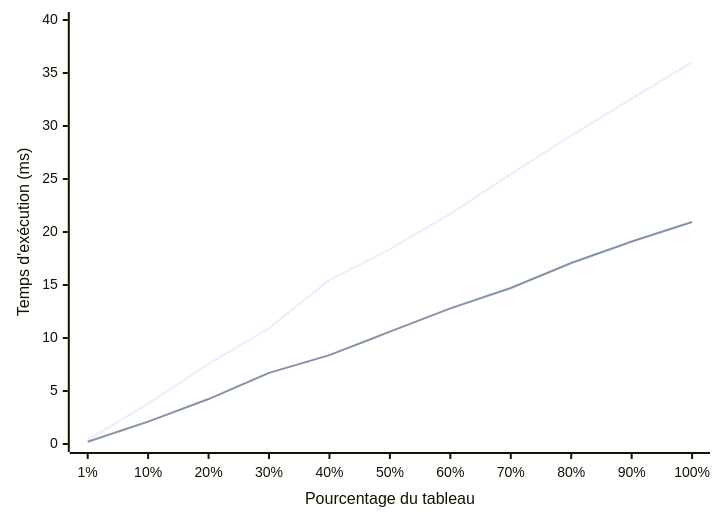
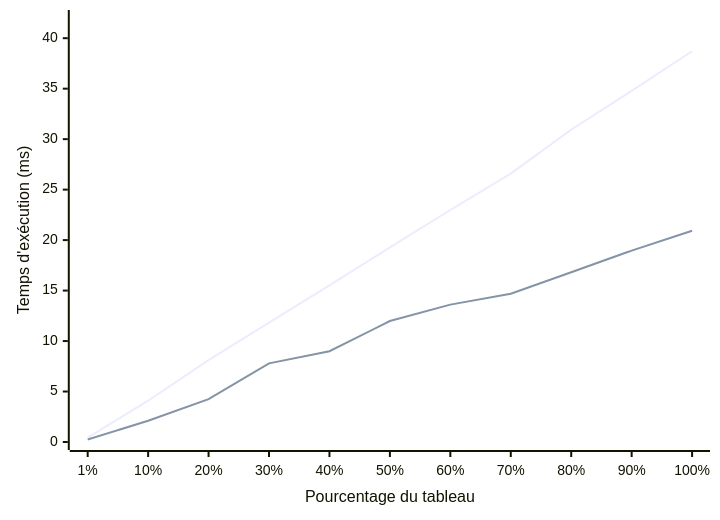
Before and after one commit to moyamelissa/INF2007---Advanved-Programming: the diagram in TN4/TN4-report.md, drawn with Mermaid. The commit also changed other lines of this file and 11 other files, not shown here.

````diff
--- a/TN4/TN4-report.md
+++ b/TN4/TN4-report.md
@@ -33,8 +33,8 @@
 ```mermaid
 %%{init: {'theme': 'default', 'themeVariables': {'xyChart': {'backgroundColor': '#ffffff'}}}}%%
 xychart-beta
     x-axis "Pourcentage du tableau" ["1%", "10%", "20%", "30%", "40%", "50%", "60%", "70%", "80%", "90%", "100%"]
-    y-axis "Temps d'exécution (ms)" 0 --> 40
-    line [0.39, 3.81, 7.55, 10.92, 15.48, 18.38, 21.71, 25.46, 29.09, 32.58, 36.03]
-    line [0.21, 2.11, 4.24, 6.71, 8.38, 10.60, 12.79, 14.72, 17.07, 19.10, 20.94]
+    y-axis "Temps d'exécution (ms)" 0 --> 42
+    line [0.44, 4.09, 8.11, 11.83, 15.52, 19.28, 22.98, 26.58, 30.94, 34.78, 38.71]
+    line [0.24, 2.11, 4.24, 7.79, 8.99, 11.98, 13.61, 14.69, 16.82, 18.96, 20.93]
 ```
````
